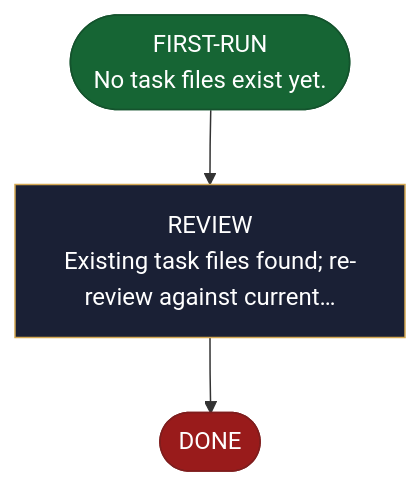
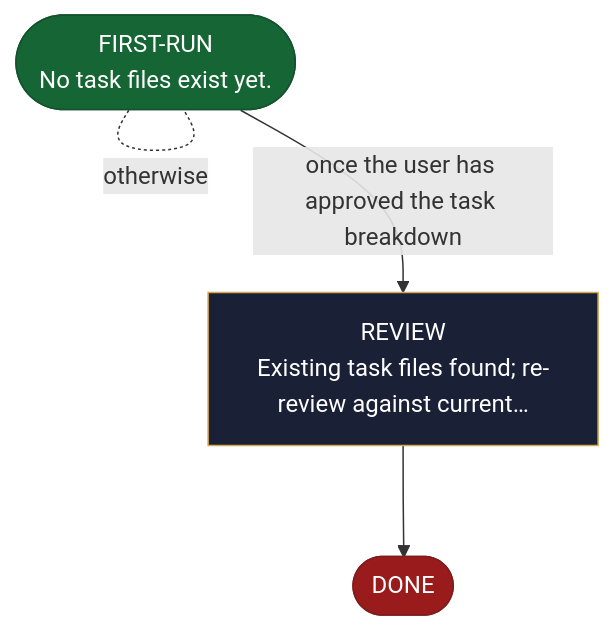
One commit to AndreVianna/aid-methodology changed the diagram in site/src/content/docs/skills/aid-detail.md. Above: the diagram before and after it, drawn with Mermaid. The commit also changed other lines of this file and 14 other files, not shown here.

````diff
--- a/site/src/content/docs/skills/aid-detail.md
+++ b/site/src/content/docs/skills/aid-detail.md
@@ -20,20 +20,21 @@
 ```mermaid
 flowchart TB
   classDef aidNode color:#fff
   classDef aidEntry fill:#166534,stroke:#14532d,color:#fff
   classDef aidExit fill:#991b1b,stroke:#7f1d1d,color:#fff
   classDef aidDecision fill:#92400e,stroke:#78350f,color:#fff
   classDef aidLoopBack fill:#1e3a8a,stroke:#1e3a8a,color:#fff
   classDef aidStep fill:#1a2035,stroke:#d4a853,color:#f1f5f9
   n1(["FIRST-RUN<br/>No task files exist yet."])
   n2["REVIEW<br/>Existing task files found; re-review against current…"]
   n3(["DONE"])
-  n1 --> n2
+  n1 -. "otherwise" .- n1
+  n1 -->|"once the user has approved the task breakdown"| n2
   n2 --> n3
   class n1 aidEntry
   class n2 aidStep
   class n3 aidExit
   class n1 aidNode
   class n2 aidNode
   class n3 aidNode
 ```
````
